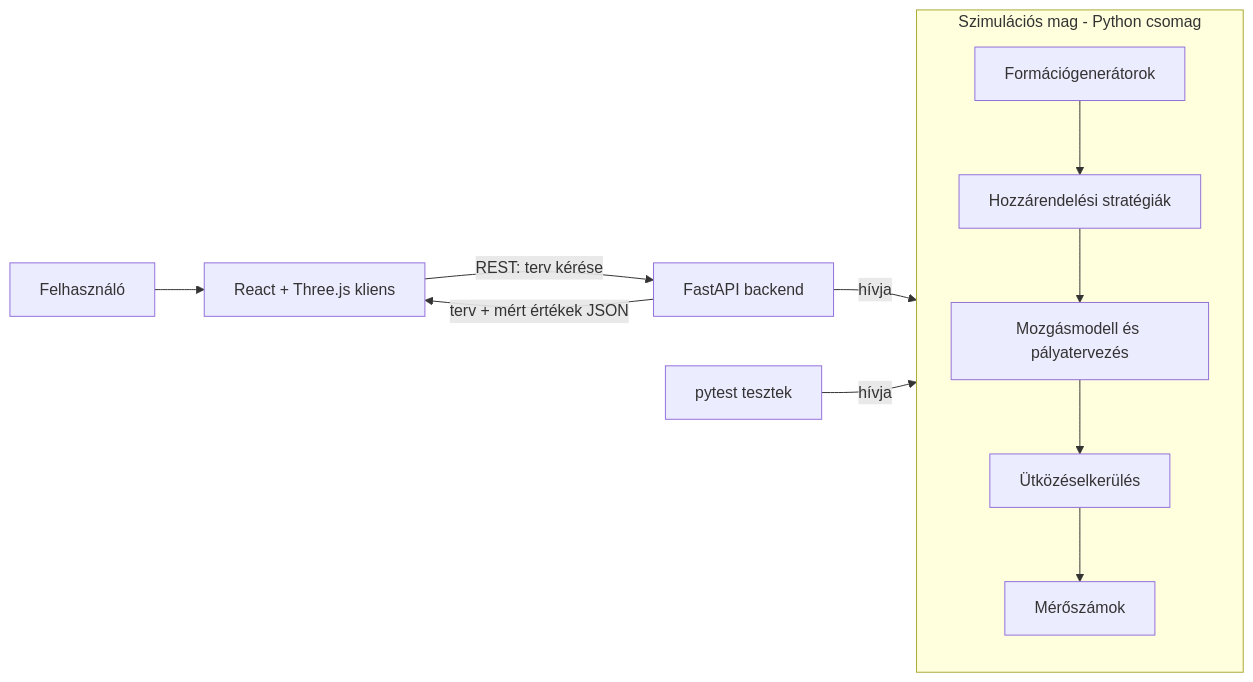
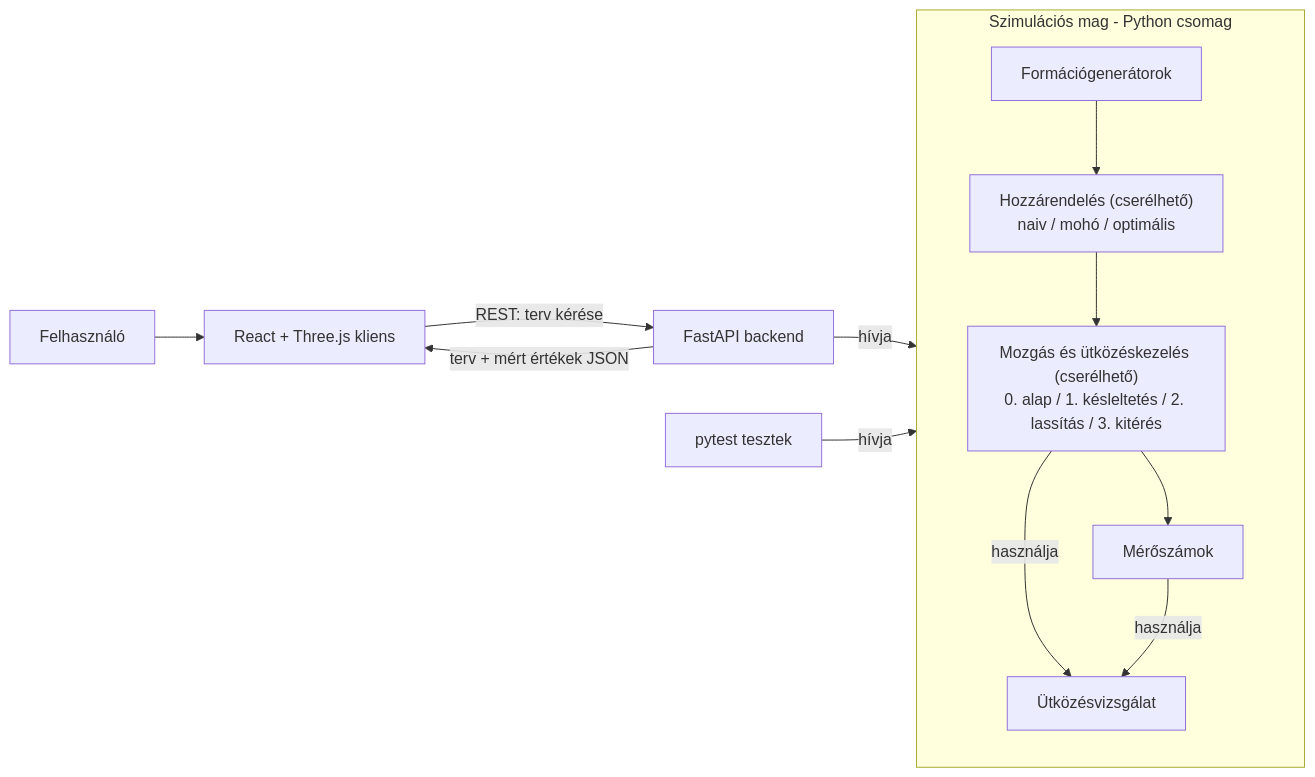
One commit to ttzeteny/project-course changed the second of 2 diagrams in 00-project/02-specification.md. Above: the diagram before and after it, drawn with Mermaid. The commit also changed other lines of this file, not shown here.

````diff
--- a/00-project/02-specification.md
+++ b/00-project/02-specification.md
@@ -209,18 +257,20 @@
 ```mermaid
 flowchart LR
   U[Felhasználó] --> C[React + Three.js kliens]
   C -->|REST: terv kérése| A[FastAPI backend]
   A -->|hívja| M
 
   subgraph M [Szimulációs mag - Python csomag]
     F[Formációgenerátorok]
-    S[Hozzárendelési stratégiák]
-    P[Mozgásmodell és pályatervezés]
-    K[Ütközéselkerülés]
+    S["Hozzárendelés (cserélhető)<br/>naiv / mohó / optimális"]
+    P["Mozgás és ütközéskezelés (cserélhető)<br/>0. alap / 1. késleltetés / 2. lassítás / 3. kitérés"]
+    D[Ütközésvizsgálat]
     X[Mérőszámok]
-    F --> S --> P --> K --> X
+    F --> S --> P --> X
+    P -->|használja| D
+    X -->|használja| D
   end
 
   A -->|terv + mért értékek JSON| C
   T[pytest tesztek] -->|hívja| M
 ```
````
